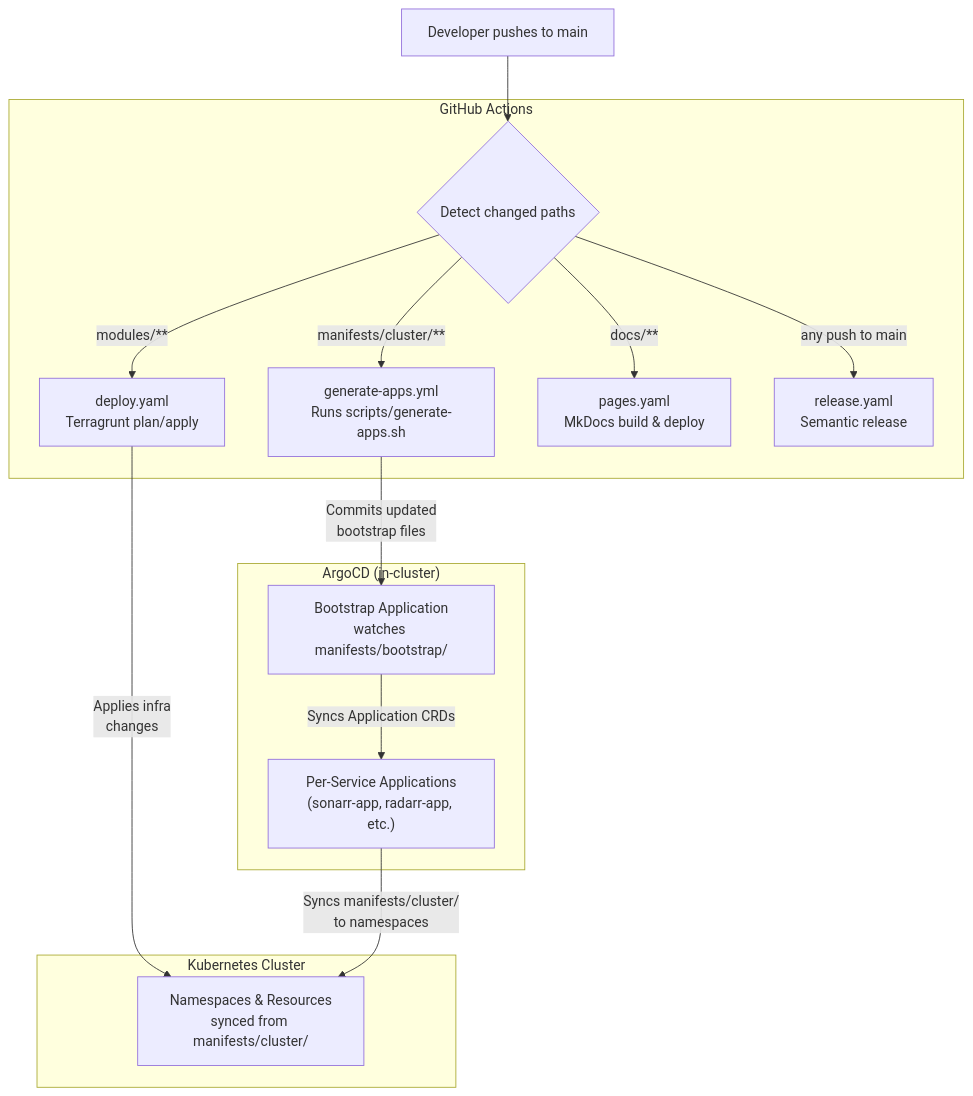
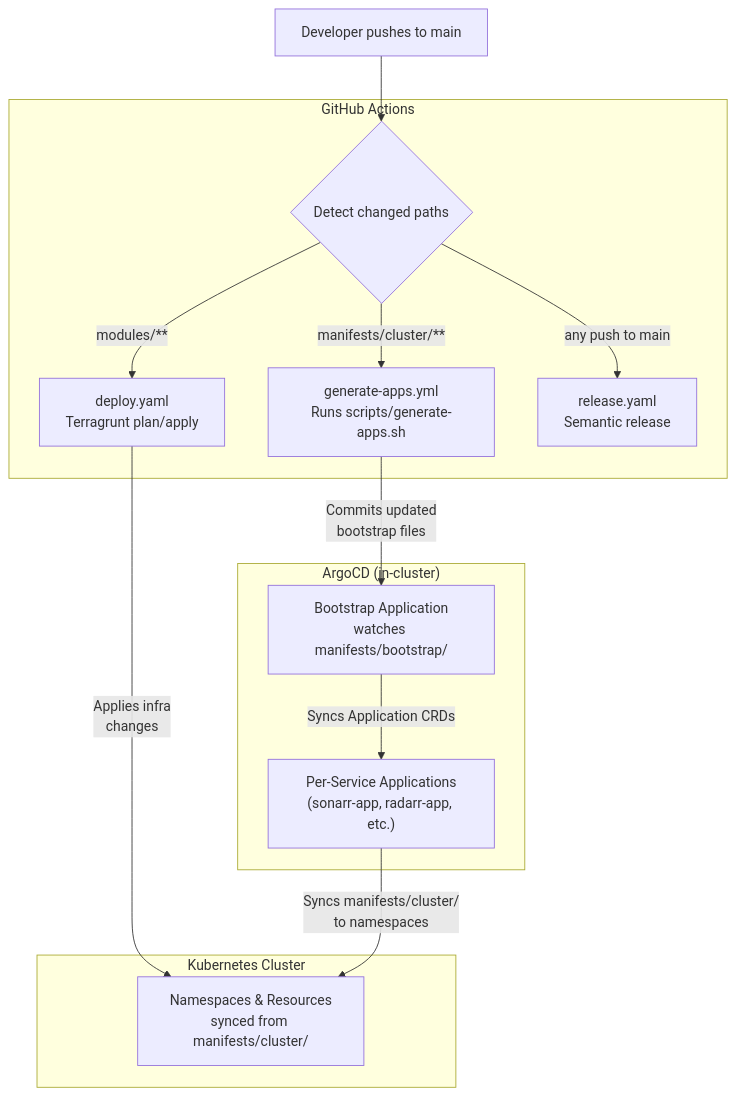
One commit to myles-coleman/homelab-cluster changed the diagram in docs/architecture/gitops-flow.md. Above: the diagram before and after it, drawn with Mermaid. The commit also changed other lines of this file and 14 other files, not shown here.

````diff
--- a/docs/architecture/gitops-flow.md
+++ b/docs/architecture/gitops-flow.md
@@ -9,33 +9,31 @@
 ```mermaid
 flowchart TB
     DEV["Developer pushes to main"]
     
     subgraph "GitHub Actions"
         GA_DETECT{"Detect changed paths"}
         GA_GEN["generate-apps.yml<br/>Runs scripts/generate-apps.sh"]
         GA_TG["deploy.yaml<br/>Terragrunt plan/apply"]
-        GA_DOCS["pages.yaml<br/>MkDocs build & deploy"]
         GA_REL["release.yaml<br/>Semantic release"]
     end
     
     subgraph "ArgoCD (in-cluster)"
         BOOT["Bootstrap Application<br/>watches manifests/bootstrap/"]
         APPS["Per-Service Applications<br/>(sonarr-app, radarr-app, etc.)"]
     end
     
     subgraph "Kubernetes Cluster"
         NS["Namespaces & Resources<br/>synced from manifests/cluster/"]
     end
 
     DEV --> GA_DETECT
     GA_DETECT -->|"manifests/cluster/**"| GA_GEN
     GA_DETECT -->|"modules/**"| GA_TG
-    GA_DETECT -->|"docs/**"| GA_DOCS
     GA_DETECT -->|"any push to main"| GA_REL
     
     GA_GEN -->|"Commits updated<br/>bootstrap files"| BOOT
     GA_TG -->|"Applies infra<br/>changes"| NS
     
     BOOT -->|"Syncs Application CRDs"| APPS
     APPS -->|"Syncs manifests/cluster/<br/>to namespaces"| NS
 ```
````
